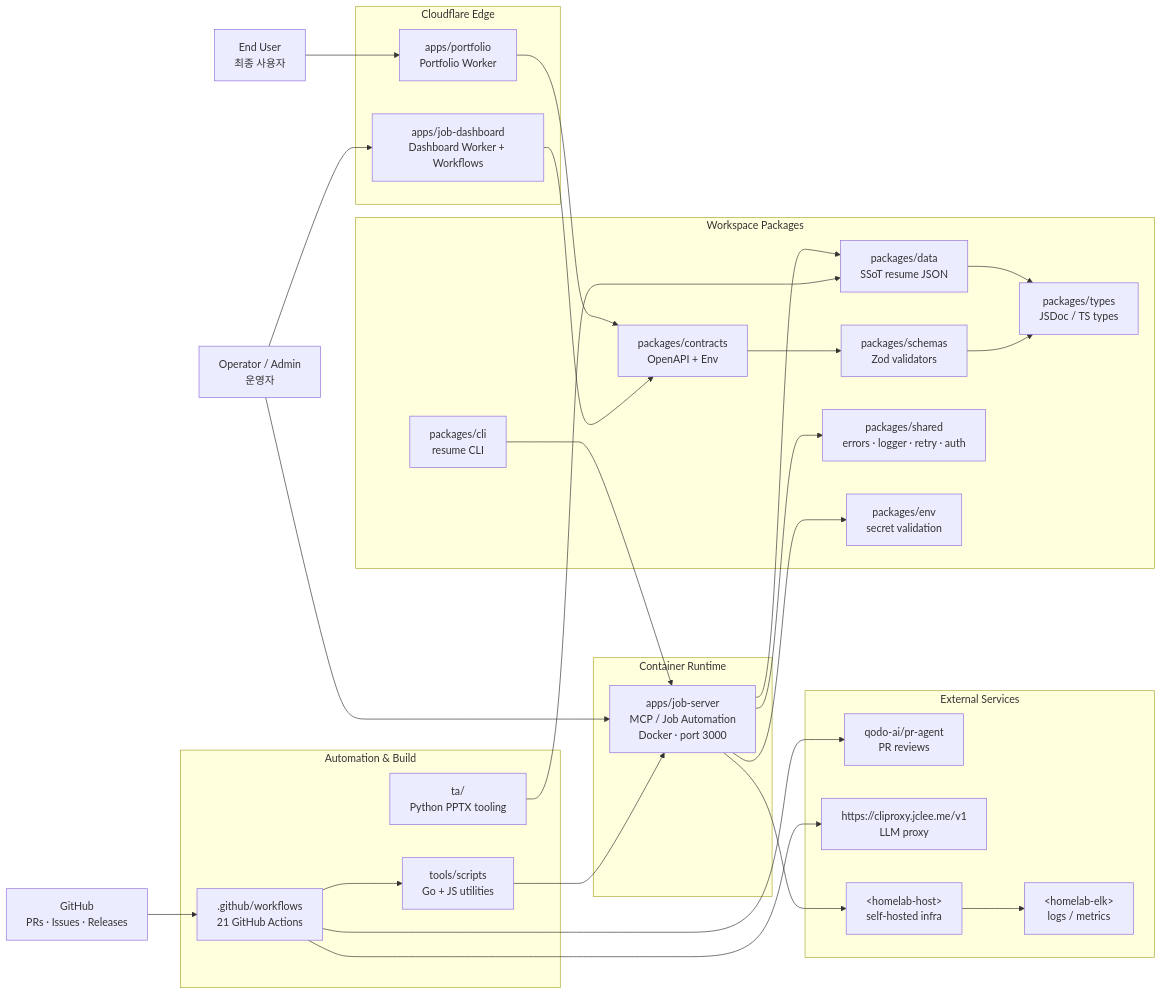
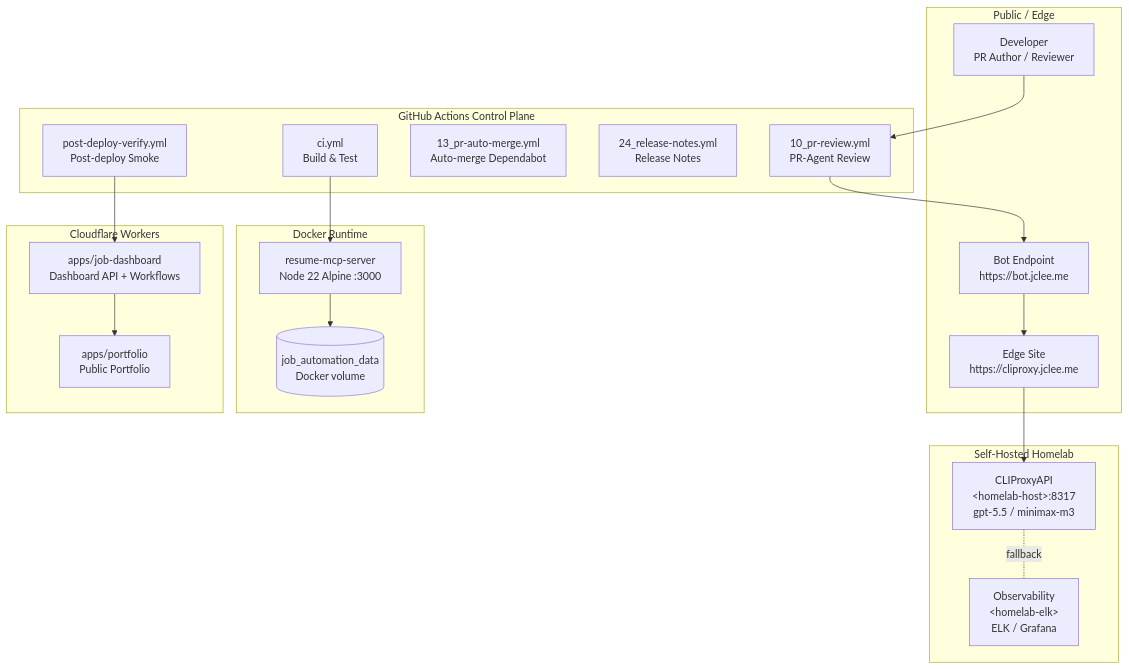
The diagram in README.md (jclee941/resume), drawn with Mermaid before and after one commit. The commit also changed other lines of this file, not shown here.

Commit message:
docs: auto-update README.md (#954)

````diff
--- a/README.md
+++ b/README.md
@@ -71,59 +77,41 @@
 ```mermaid
-flowchart LR
-    User["End User<br/>최종 사용자"]
-    Admin["Operator / Admin<br/>운영자"]
-    GitHub["GitHub<br/>PRs · Issues · Releases"]
-
-    subgraph Edge["Cloudflare Edge"]
-        Portfolio["apps/portfolio<br/>Portfolio Worker"]
-        Dashboard["apps/job-dashboard<br/>Dashboard Worker + Workflows"]
+flowchart TB
+    subgraph Public["Public / Edge"]
+        Dev["Developer<br/>PR Author / Reviewer"]
+        Site["Edge Site<br/>https://cliproxy.jclee.me"]
+        Bot["Bot Endpoint<br/>https://bot.jclee.me"]
     end
 
-    subgraph Runtime["Container Runtime"]
-        JobServer["apps/job-server<br/>MCP / Job Automation<br/>Docker · port 3000"]
+    subgraph GH["GitHub Actions Control Plane"]
+        CI["ci.yml<br/>Build &amp; Test"]
+        Review["10_pr-review.yml<br/>PR-Agent Review"]
+        Merge["13_pr-auto-merge.yml<br/>Auto-merge Dependabot"]
+        Release["24_release-notes.yml<br/>Release Notes"]
+        Verify["post-deploy-verify.yml<br/>Post-deploy Smoke"]
     end
 
-    subgraph Packages["Workspace Packages"]
-        Data["packages/data<br/>SSoT resume JSON"]
-        Types["packages/types<br/>JSDoc / TS types"]
-        Schemas["packages/schemas<br/>Zod validators"]
-        Contracts["packages/contracts<br/>OpenAPI + Env"]
-        Shared["packages/shared<br/>errors · logger · retry · auth"]
-        PkgEnv["packages/env<br/>secret validation"]
-        CLI["packages/cli<br/>resume CLI"]
+    subgraph Homelab["Self-Hosted Homelab"]
+        Proxy["CLIProxyAPI<br/>&lt;homelab-host&gt;:8317<br/>gpt-5.5 / minimax-m3"]
+        Obs["Observability<br/>&lt;homelab-elk&gt;<br/>ELK / Grafana"]
     end
 
-    subgraph Tooling["Automation & Build"]
-        Scripts["tools/scripts<br/>Go + JS utilities"]
-        Workflows[".github/workflows<br/>21 GitHub Actions"]
-        TA["ta/<br/>Python PPTX tooling"]
+    subgraph Docker["Docker Runtime"]
+        MCP["resume-mcp-server<br/>Node 22 Alpine :3000"]
+        Vol[("job_automation_data<br/>Docker volume")]
     end
 
-    subgraph External["External Services"]
-        PRAgent["qodo-ai/pr-agent<br/>PR reviews"]
-        CLIProxy["https://cliproxy.jclee.me/v1<br/>LLM proxy"]
-        Homelab["&lt;homelab-host&gt;<br/>self-hosted infra"]
-        ELK["&lt;homelab-elk&gt;<br/>logs / metrics"]
+    subgraph CF["Cloudflare Workers"]
+        Port["apps/portfolio<br/>Public Portfolio"]
+        Dash["apps/job-dashboard<br/>Dashboard API + Workflows"]
     end
 
-    User --> Portfolio
-    Admin --> Dashboard
-    Admin --> JobServer
-    GitHub --> Workflows
-    Workflows --> PRAgent
-    Workflows --> CLIProxy
-    Workflows --> Scripts
-    Scripts --> JobServer
-    Portfolio --> Contracts
-    Dashboard --> Contracts
-    JobServer --> Shared
-    JobServer --> Data
-    JobServer --> PkgEnv
-    Data --> Types
-    Schemas --> Types
-    Contracts --> Schemas
-    CLI --> JobServer
-    TA --> Data
-    JobServer --> Homelab
-    Homelab --> ELK
+    Dev --> Review
+    Review --> Bot
+    Bot --> Site
+    Site --> Proxy
+    Proxy -.fallback.- Obs
+    CI --> MCP
+    MCP --> Vol
+    Verify --> Dash
+    Dash --> Port
 ```
````
